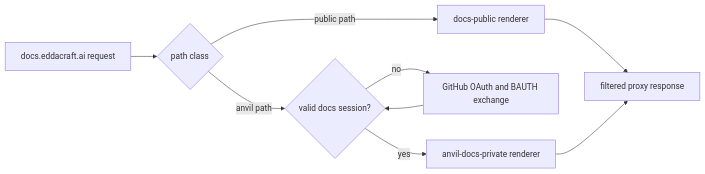
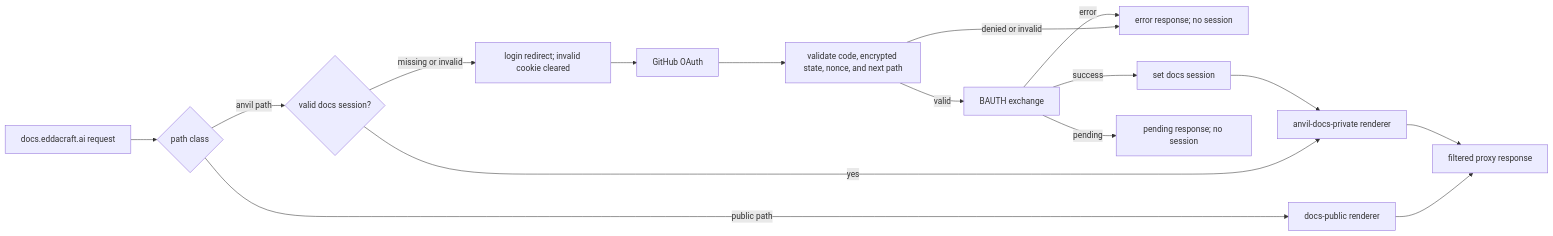
The diagram in apps/docs-shell/ARCHITECTURE.md (eddacraft/eddacraft-tui), drawn with Mermaid before and after one commit. The commit also changed other lines of this file and 7 other files, not shown here.

First line of the commit message:
docs(architecture): repair component pilot claims

````diff
--- a/apps/docs-shell/ARCHITECTURE.md
+++ b/apps/docs-shell/ARCHITECTURE.md
@@ -29,11 +29,18 @@
 ```mermaid
 flowchart LR
     Request[docs.eddacraft.ai request] --> Route{path class}
     Route -->|public path| Public[docs-public renderer]
     Route -->|anvil path| Session{valid docs session?}
-    Session -->|no| Login[GitHub OAuth and BAUTH exchange]
-    Login --> Session
     Session -->|yes| Private[anvil-docs-private renderer]
+    Session -->|missing or invalid| Login[login redirect; invalid cookie cleared]
+    Login --> GitHub[GitHub OAuth]
+    GitHub --> Callback[validate code, encrypted state, nonce, and next path]
+    Callback -->|denied or invalid| Error[error response; no session]
+    Callback -->|valid| BAUTH[BAUTH exchange]
+    BAUTH -->|success| SetSession[set docs session]
+    BAUTH -->|pending| Pending[pending response; no session]
+    BAUTH -->|error| Error
+    SetSession --> Private
     Public --> Response[filtered proxy response]
     Private --> Response
 ```
````
